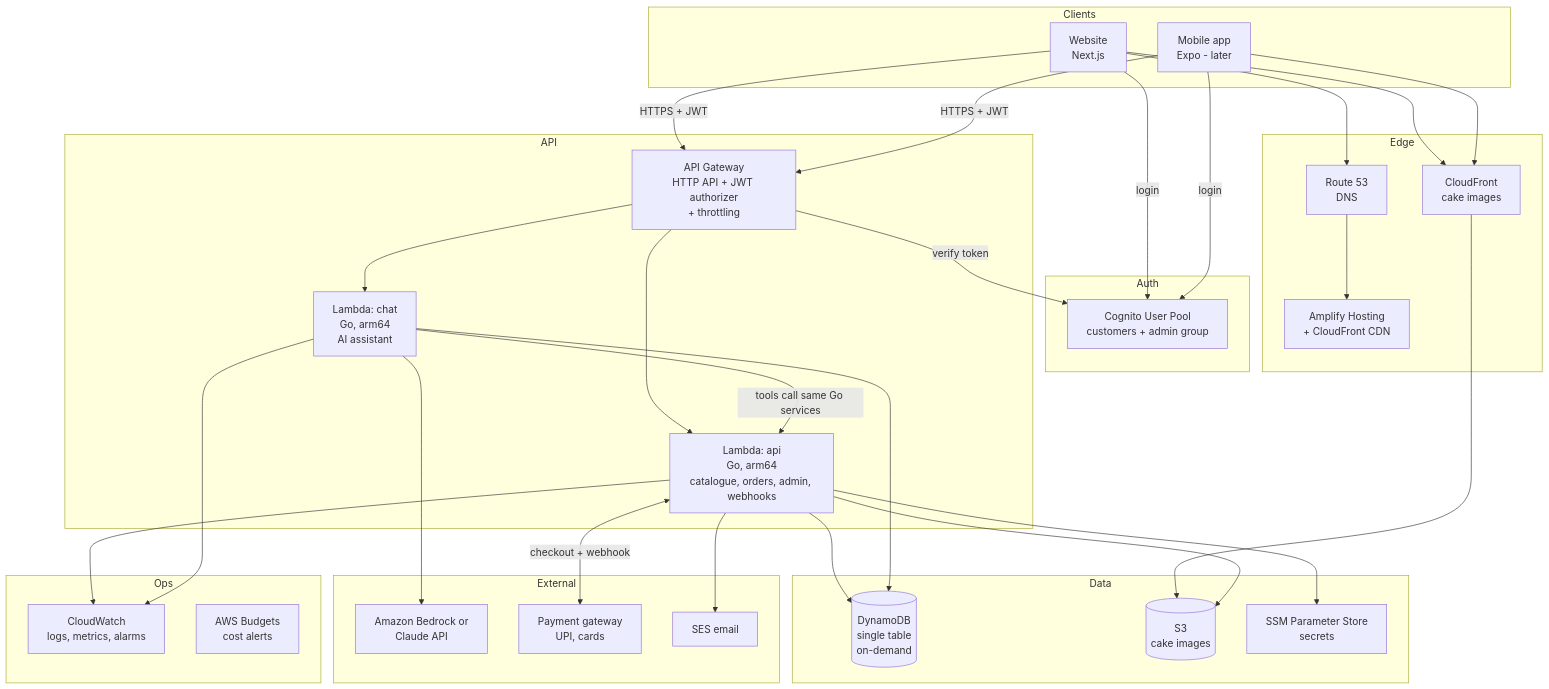
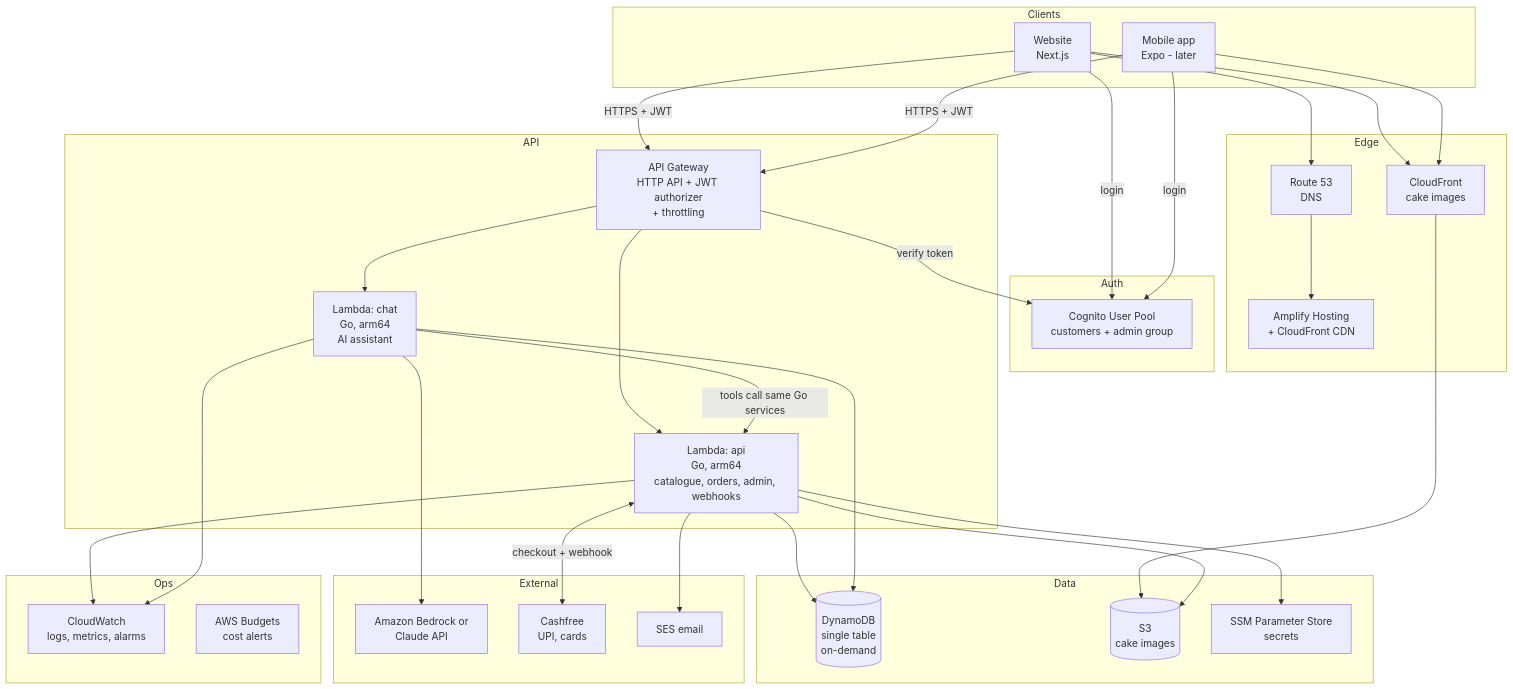
The second of 5 diagrams in docs/architecture/README.md (RisheDubs/cake-shop), drawn with Mermaid before and after one commit. The commit also changed other lines of this file and 5 other files, not shown here.

Commit message:
docs(adr): 0008 Cashfree as payment gateway (#SPIKE-03)

````diff
--- a/docs/architecture/README.md
+++ b/docs/architecture/README.md
@@ -30,53 +30,53 @@
 ```mermaid
 flowchart TB
   subgraph Clients
     WEB[Website<br/>Next.js]
     APP[Mobile app<br/>Expo - later]
   end
 
   subgraph Edge
     R53[Route 53<br/>DNS]
     AMP[Amplify Hosting<br/>+ CloudFront CDN]
     CF[CloudFront<br/>cake images]
   end
 
   subgraph Auth
     COG[Cognito User Pool<br/>customers + admin group]
   end
 
   subgraph API
     GW[API Gateway<br/>HTTP API + JWT authorizer<br/>+ throttling]
     L1[Lambda: api<br/>Go, arm64<br/>catalogue, orders, admin, webhooks]
     L2[Lambda: chat<br/>Go, arm64<br/>AI assistant]
   end
 
   subgraph Data
     DDB[(DynamoDB<br/>single table<br/>on-demand)]
     S3[(S3<br/>cake images)]
     SSM[SSM Parameter Store<br/>secrets]
   end
 
   subgraph External
     BR[Amazon Bedrock or<br/>Claude API]
-    PG[Payment gateway<br/>UPI, cards]
+    PG[Cashfree<br/>UPI, cards]
     SES[SES email]
   end
 
   subgraph Ops
     CW[CloudWatch<br/>logs, metrics, alarms]
     BUD[AWS Budgets<br/>cost alerts]
   end
 
   WEB --> R53 --> AMP
   WEB & APP -->|HTTPS + JWT| GW
   WEB & APP -->|login| COG
   WEB & APP --> CF --> S3
   GW -->|verify token| COG
   GW --> L1 & L2
   L1 --> DDB & S3 & SSM & SES
   L1 <-->|checkout + webhook| PG
   L2 --> DDB
   L2 -->|tools call same Go services| L1
   L2 --> BR
   L1 & L2 --> CW
 ```
````
